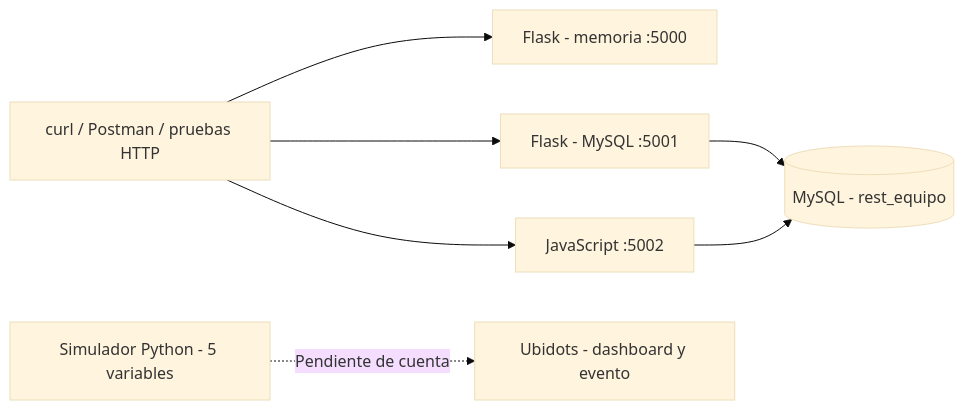
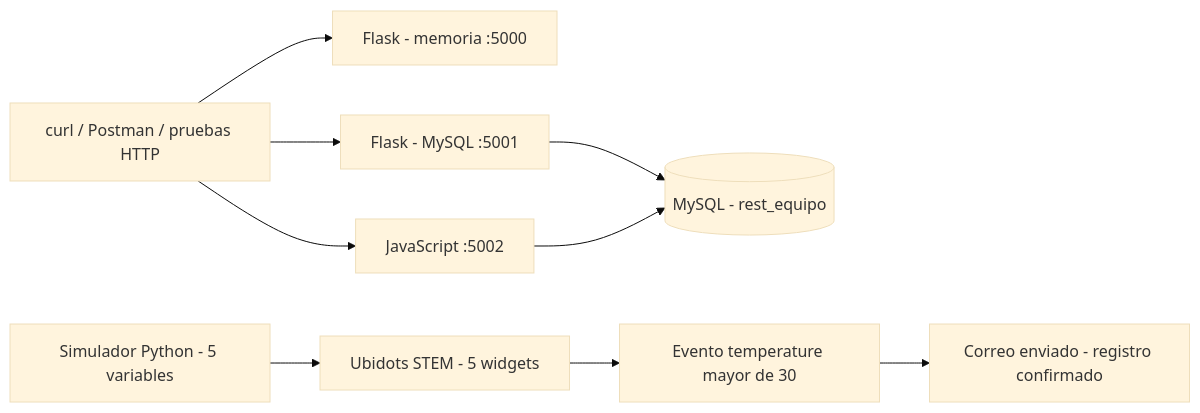
The diagram in README.md (nathernandez1189/practica-rest-mysql-ubidots), drawn with Mermaid (base theme) before and after one commit. The commit also changed other lines of this file and 26 other files, not shown here.

````diff
--- a/README.md
+++ b/README.md
@@ -32,9 +30,11 @@
 ```mermaid
 flowchart LR
   C[curl / Postman / pruebas HTTP] --> M[Flask - memoria :5000]
   C --> P[Flask - MySQL :5001]
   C --> J[JavaScript :5002]
   P --> D[(MySQL - rest_equipo)]
   J --> D
-  S[Simulador Python - 5 variables] -. Pendiente de cuenta .-> U[Ubidots - dashboard y evento]
+  S[Simulador Python - 5 variables] --> U[Ubidots STEM - 5 widgets]
+  U --> E[Evento temperature mayor de 30]
+  E --> A[Correo enviado - registro confirmado]
 ```
````
